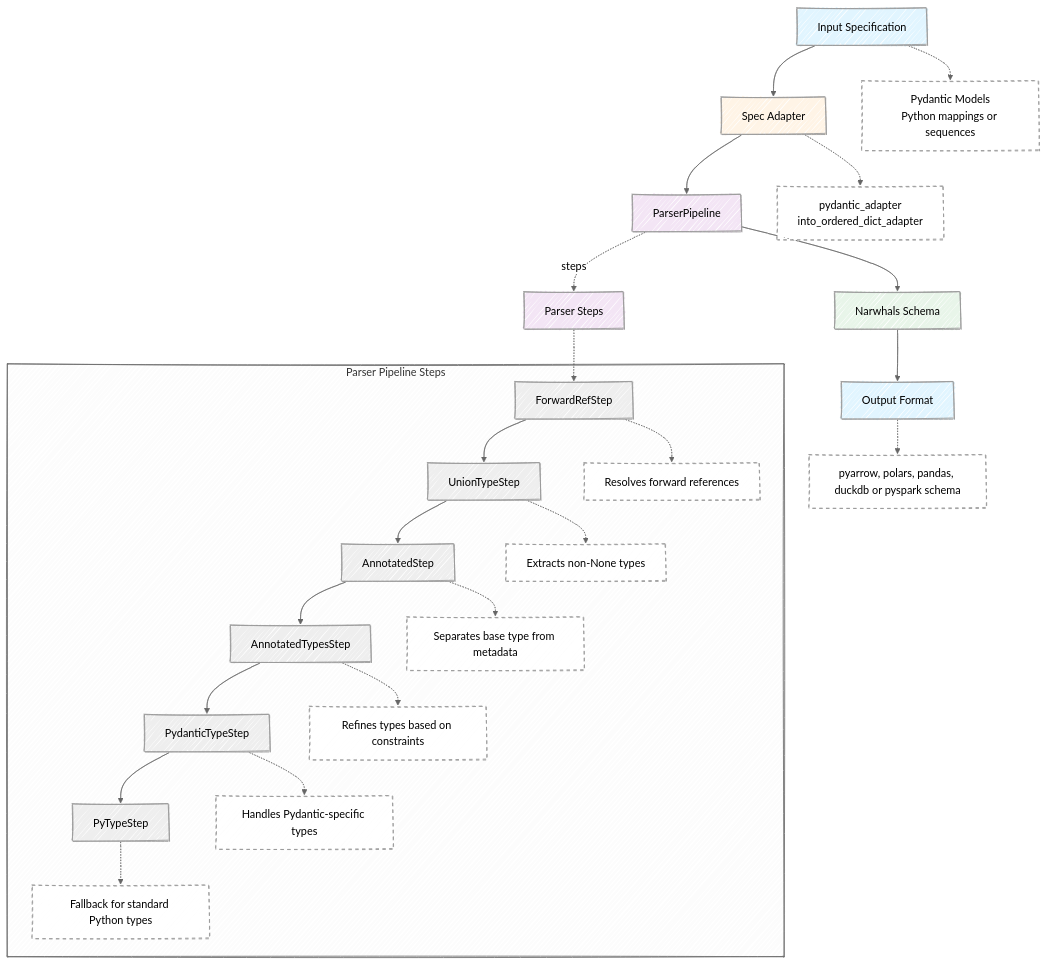
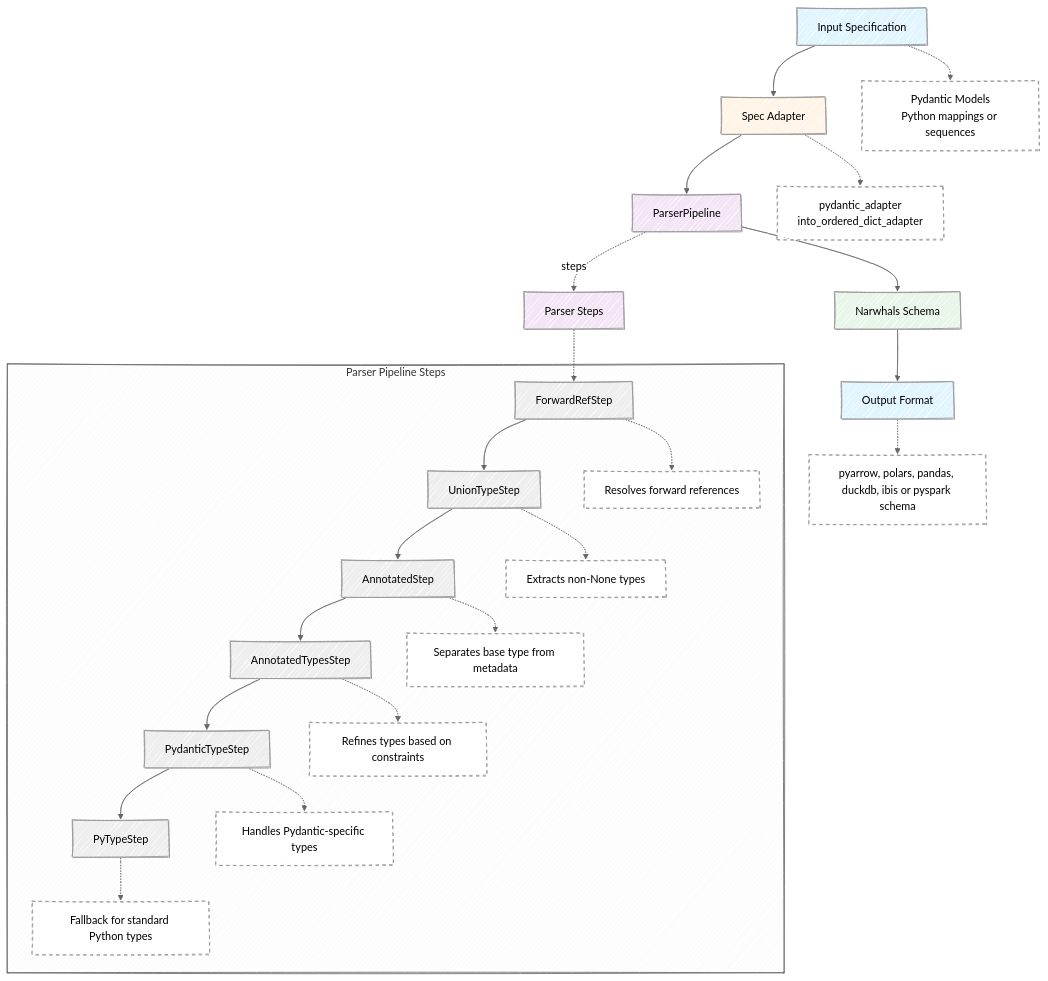
One commit to FBruzzesi/anyschema changed the diagram in docs/architecture.md. Above: the diagram before and after it, drawn with Mermaid. The commit also changed 5 other files, not shown here.

Commit message:
feat: add `AnySchema.to_ibis` output format (#138)

````diff
--- a/docs/architecture.md
+++ b/docs/architecture.md
@@ -44,62 +44,62 @@
 ```mermaid
 ---
 config:
   look: handDrawn
   theme: neutral
 ---
 flowchart TD
     A[Input Specification] --> B[Spec Adapter]
     B --> C[ParserPipeline]
     C --> D[Narwhals Schema]
     D --> E[Output Format]
 
     NA["Pydantic Models<br/>Python mappings or sequences"]
     NB["pydantic_adapter<br/>into_ordered_dict_adapter"]
-    NE["pyarrow, polars, pandas, duckdb or pyspark schema"]
+    NE["pyarrow, polars, pandas, duckdb, ibis or pyspark schema"]
 
     A -.-> NA
     B -.-> NB
     E -.-> NE
 
     C -.->|steps| P[Parser Steps]
 
     subgraph Pipeline["Parser Pipeline Steps"]
         P1[ForwardRefStep] --> P2[UnionTypeStep]
         P2 --> P3[AnnotatedStep]
         P3 --> P4[AnnotatedTypesStep]
         P4 --> P5[PydanticTypeStep]
         P5 --> P6[PyTypeStep]
 
         N1["Resolves forward references"]
         N2["Extracts non-None types"]
         N3["Separates base type from metadata"]
         N4["Refines types based on constraints"]
         N5["Handles Pydantic-specific types"]
         N6["Fallback for standard Python types"]
 
         P1 -.-> N1
         P2 -.-> N2
         P3 -.-> N3
         P4 -.-> N4
         P5 -.-> N5
         P6 -.-> N6
     end
 
     P -.-> P1
 
     style A fill:#e1f5ff
     style B fill:#fff4e6
     style C fill:#f3e5f5
     style D fill:#e8f5e9
     style E fill:#e1f5ff
     style NA fill:#fff,stroke:#999,stroke-dasharray: 5 5
     style NB fill:#fff,stroke:#999,stroke-dasharray: 5 5
     style NE fill:#fff,stroke:#999,stroke-dasharray: 5 5
     style N1 fill:#fff,stroke:#999,stroke-dasharray: 5 5
     style N2 fill:#fff,stroke:#999,stroke-dasharray: 5 5
     style N3 fill:#fff,stroke:#999,stroke-dasharray: 5 5
     style N4 fill:#fff,stroke:#999,stroke-dasharray: 5 5
     style N5 fill:#fff,stroke:#999,stroke-dasharray: 5 5
     style N6 fill:#fff,stroke:#999,stroke-dasharray: 5 5
     style P fill:#f3e5f5
 ```
````
